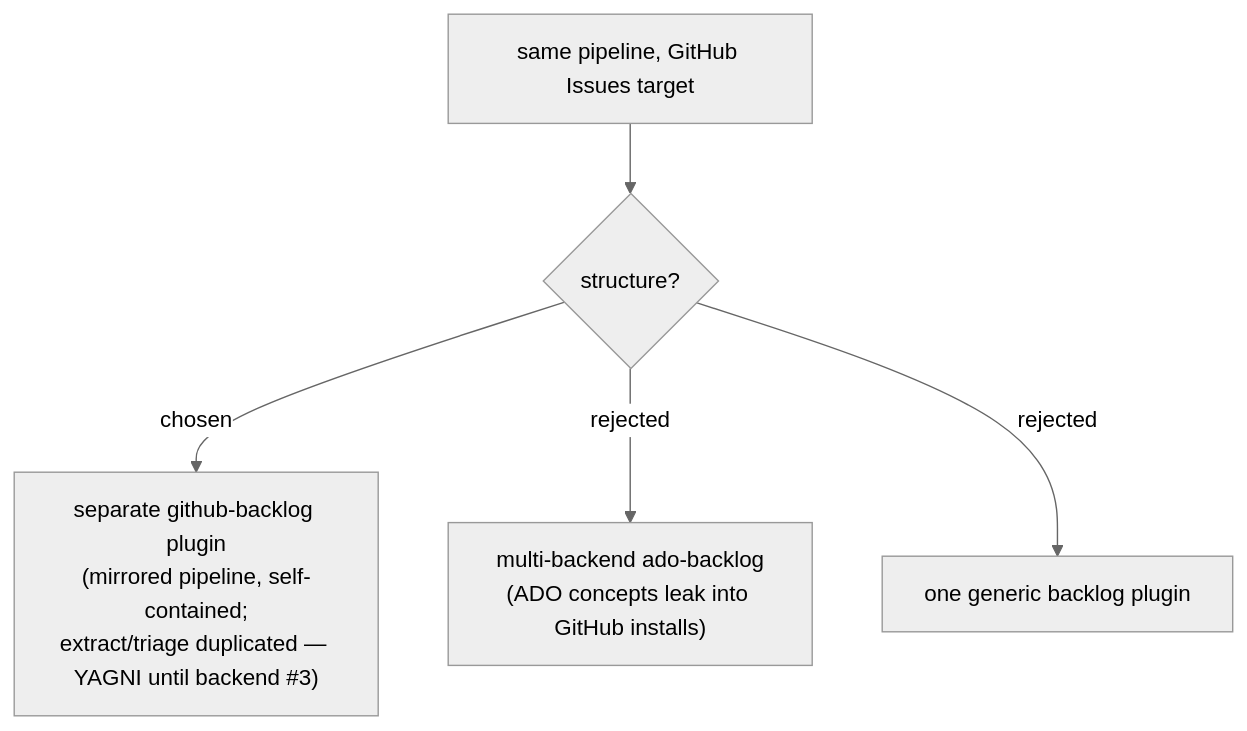
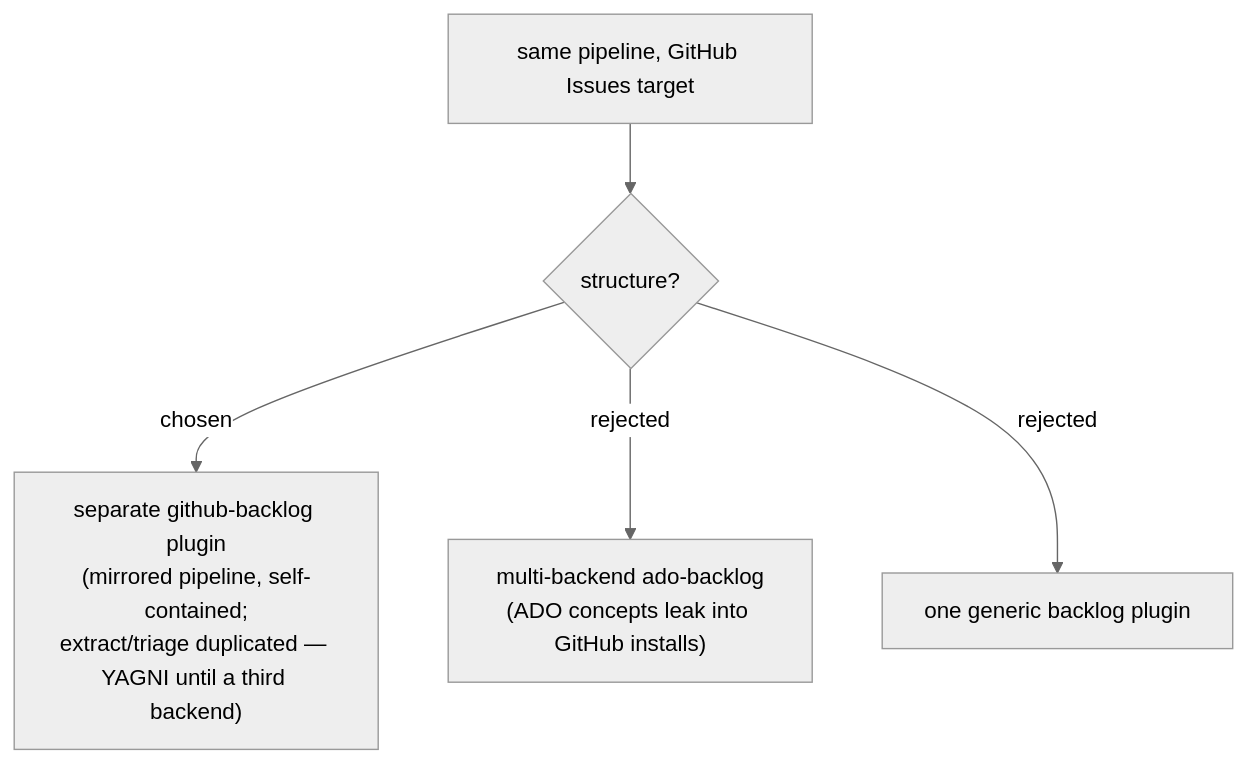
Before and after one commit to ThodsaphonSonthiphin/workflow-daily-work: the diagram in plugins/github-backlog/docs/adr/0001-separate-plugin-not-multi-backend.md, drawn with Mermaid (neutral theme). The commit also changed 2 other files, not shown here.

Commit message:
docs(adr): mermaid syntax hardening in plugin ADR diagrams (review fixes)

````diff
--- a/plugins/github-backlog/docs/adr/0001-separate-plugin-not-multi-backend.md
+++ b/plugins/github-backlog/docs/adr/0001-separate-plugin-not-multi-backend.md
@@ -6,7 +6,7 @@
 ```mermaid
 flowchart TD
     NEED["same pipeline, GitHub Issues target"] --> Q{structure?}
-    Q -->|chosen| SEP["separate github-backlog plugin<br/>(mirrored pipeline, self-contained;<br/>extract/triage duplicated — YAGNI until backend #3)"]
+    Q -->|chosen| SEP["separate github-backlog plugin<br/>(mirrored pipeline, self-contained;<br/>extract/triage duplicated — YAGNI until a third backend)"]
     Q -->|rejected| MULTI["multi-backend ado-backlog<br/>(ADO concepts leak into GitHub installs)"]
     Q -->|rejected| GEN["one generic backlog plugin"]
 ```
````
